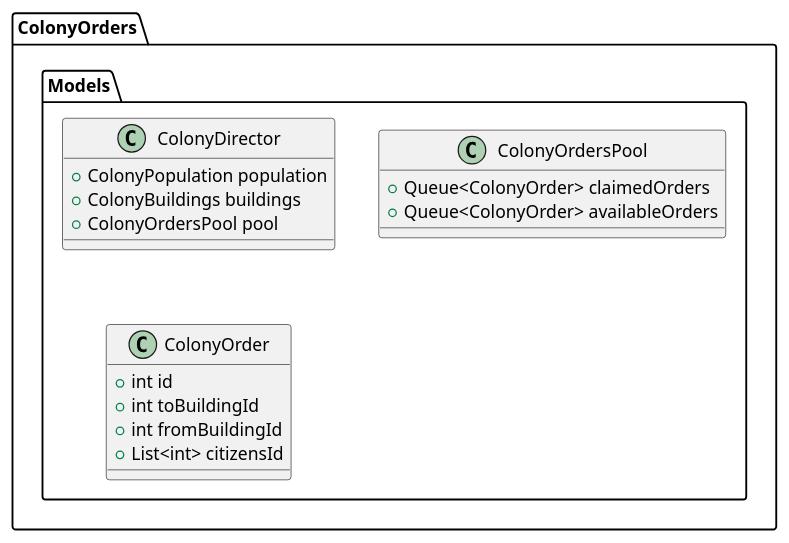
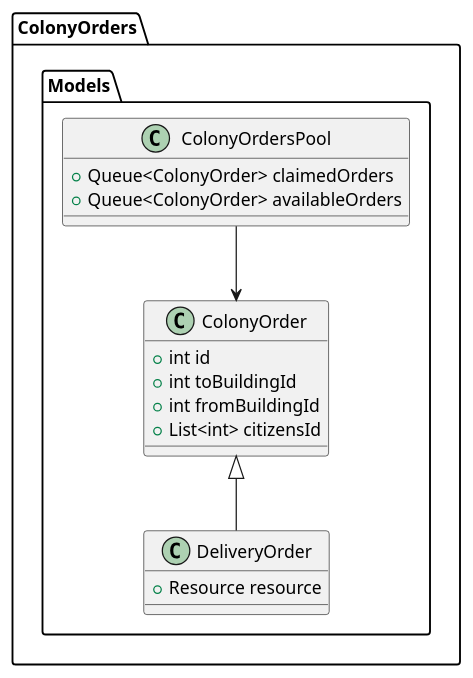
The diagram in Colony/ColonyOrders.puml (minusrep/Pivo-UML), drawn with PlantUML before and after one commit. The commit also changed 4 other files, not shown here.

```diff
--- a/Colony/ColonyOrders.puml
+++ b/Colony/ColonyOrders.puml
@@ -1,29 +1,31 @@
 @startuml
 
 package "ColonyOrders"
 {
     package "Models"
     {
-        class ColonyDirector
+        class ColonyOrdersPool 
         {
-            +ColonyPopulation population
-            +ColonyBuildings buildings
-            +ColonyOrdersPool pool
-        }
-        
-        class ColonyOrdersPool {
             +Queue<ColonyOrder> claimedOrders    
             +Queue<ColonyOrder> availableOrders    
         }
         
         class ColonyOrder
         {
             +int id
             +int toBuildingId
             +int fromBuildingId
             +List<int> citizensId
         }
+        
+        class DeliveryOrder
+        {
+            +Resource resource
+        }
+        
+        ColonyOrdersPool --> ColonyOrder
+        ColonyOrder <|-- DeliveryOrder
     }
 }
 
 @enduml
```
